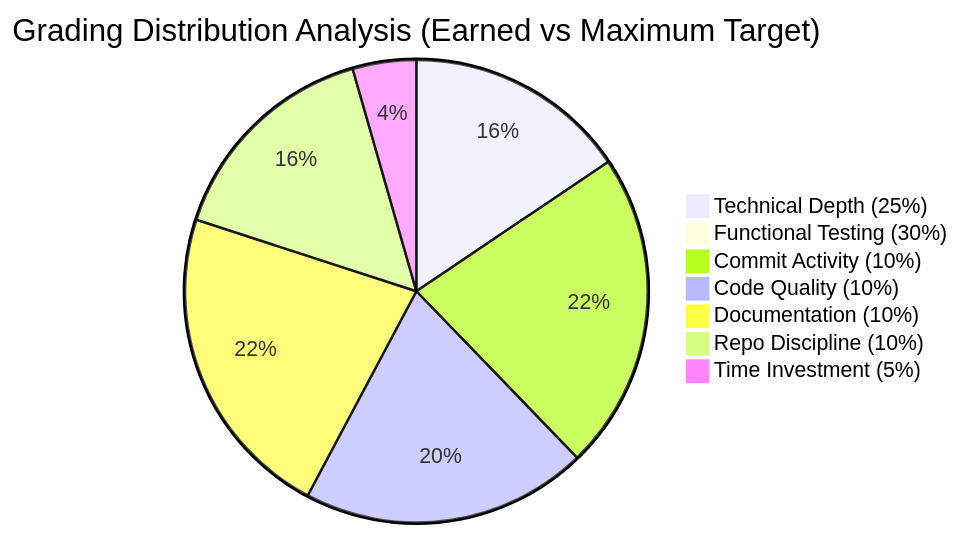
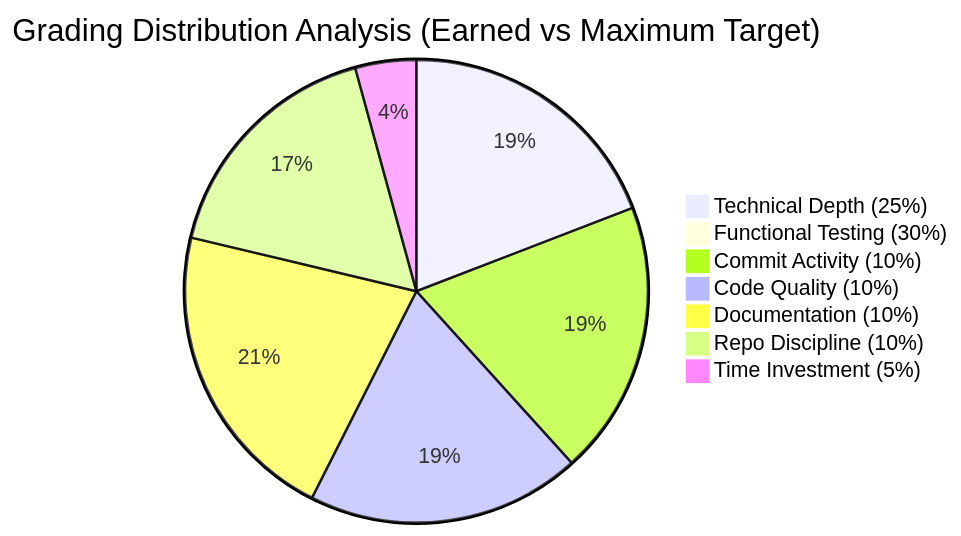
One commit to safahbo/SizmaTestiProjesi changed the diagram in CHECKUP.md. Above: the diagram before and after it, drawn with Mermaid. The commit also changed other lines of this file and 1 other file, not shown here.

````diff
--- a/CHECKUP.md
+++ b/CHECKUP.md
@@ -40,10 +40,10 @@
 ```mermaid
 pie title Grading Distribution Analysis (Earned vs Maximum Target)
-    "Technical Depth (25%)" : 7
+    "Technical Depth (25%)" : 9
     "Functional Testing (30%)" : 0
-    "Commit Activity (10%)" : 10
+    "Commit Activity (10%)" : 9
     "Code Quality (10%)" : 9
     "Documentation (10%)" : 10
-    "Repo Discipline (10%)" : 7
+    "Repo Discipline (10%)" : 8
     "Time Investment (5%)" : 2
 ```
````
